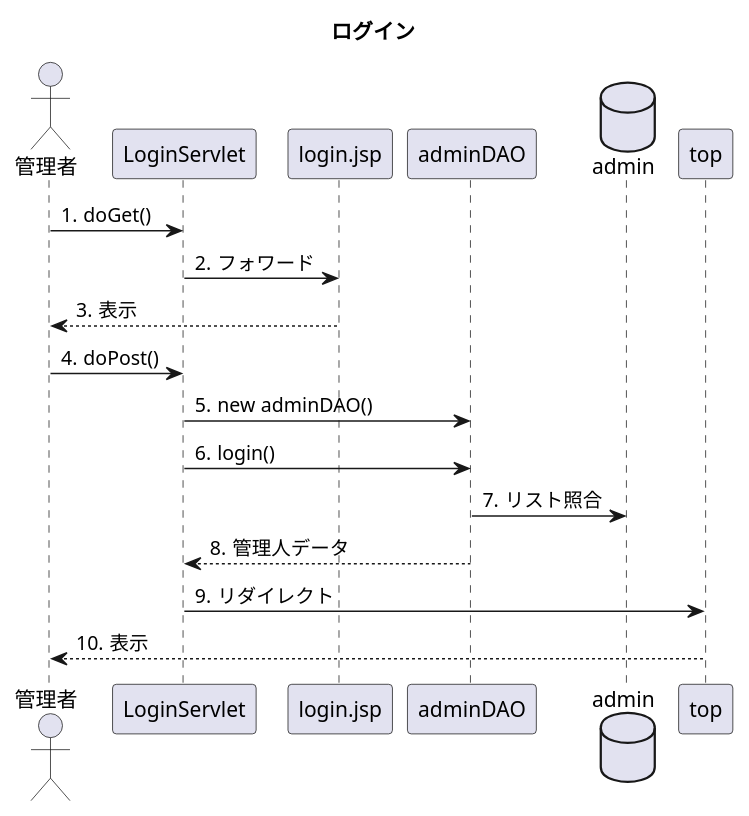
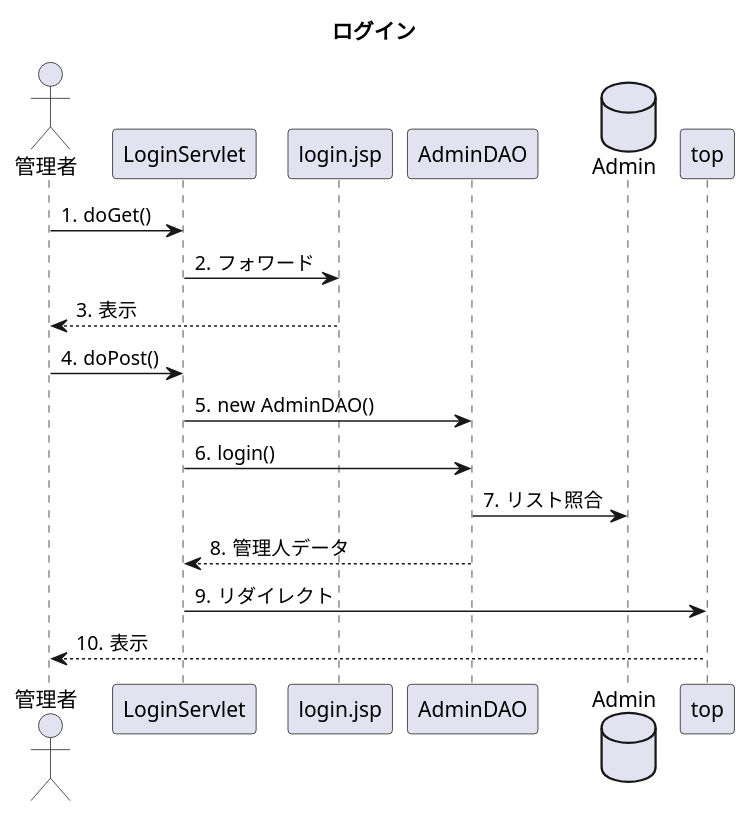
Before and after one commit to toufu66/ProjectC: the diagram in uml_detail/seq_login.pu, drawn with PlantUML.

Commit message:
詳細シーケンス ログイン

```diff
--- a/uml_detail/seq_login.pu
+++ b/uml_detail/seq_login.pu
@@ -1,26 +1,26 @@
 @startuml
 
 title ログイン
 
 autonumber "#."
 
 actor 管理者
 participant LoginServlet
 participant login.jsp
-participant adminDAO
-database admin
+participant AdminDAO
+database Admin
 
 管理者 -> LoginServlet:doGet()
 LoginServlet -> login.jsp:フォワード
 login.jsp --> 管理者:表示
 管理者 -> LoginServlet:doPost()
-LoginServlet -> adminDAO:new adminDAO()
-LoginServlet -> adminDAO:login()
-adminDAO -> admin:リスト照合
-adminDAO --> LoginServlet:管理人データ
+LoginServlet -> AdminDAO:new AdminDAO()
+LoginServlet -> AdminDAO:login()
+AdminDAO -> Admin:リスト照合
+AdminDAO --> LoginServlet:管理人データ
 LoginServlet -> top:リダイレクト
 top --> 管理者:表示
 
 
 
 @enduml
```
